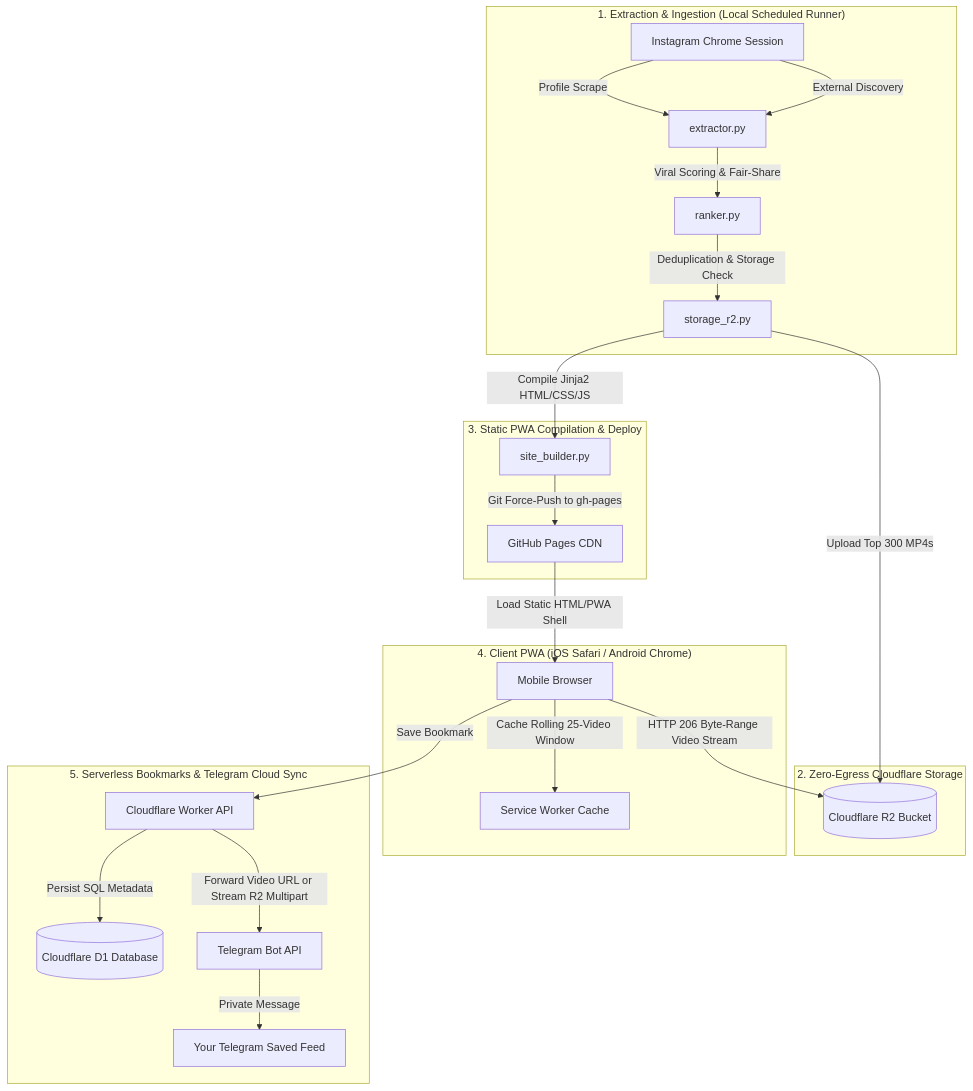
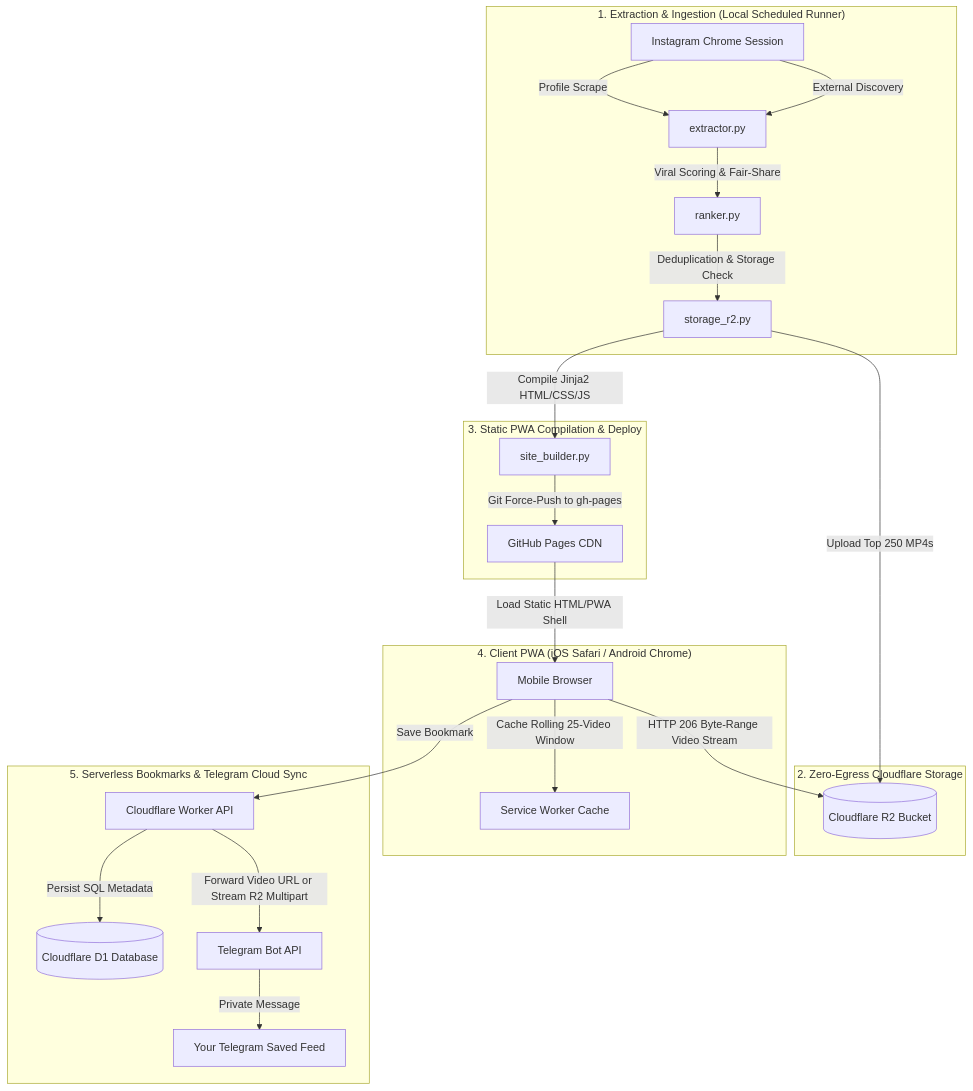
One commit to vkr1729/Instagram_digest changed the diagram in README.md. Above: the diagram before and after it, drawn with Mermaid. The commit also changed other lines of this file and 16 other files, not shown here.

````diff
--- a/README.md
+++ b/README.md
@@ -129,31 +129,31 @@
 ```mermaid
 flowchart TD
     subgraph Ingestion ["1. Extraction & Ingestion (Local Scheduled Runner)"]
         A[Instagram Chrome Session] -->|Profile Scrape| B[extractor.py]
         A -->|External Discovery| B
         B -->|Viral Scoring & Fair-Share| C[ranker.py]
         C -->|Deduplication & Storage Check| D[storage_r2.py]
     end
 
     subgraph Storage ["2. Zero-Egress Cloudflare Storage"]
-        D -->|Upload Top 300 MP4s| E[(Cloudflare R2 Bucket)]
+        D -->|Upload Top 250 MP4s| E[(Cloudflare R2 Bucket)]
     end
 
     subgraph Hosting ["3. Static PWA Compilation & Deploy"]
         D -->|Compile Jinja2 HTML/CSS/JS| F[site_builder.py]
         F -->|Git Force-Push to gh-pages| G[GitHub Pages CDN]
     end
 
     subgraph Client ["4. Client PWA (iOS Safari / Android Chrome)"]
         G -->|Load Static HTML/PWA Shell| H[Mobile Browser]
         H -->|HTTP 206 Byte-Range Video Stream| E
         H -->|Cache Rolling 25-Video Window| I[Service Worker Cache]
     end
 
     subgraph CloudSync ["5. Serverless Bookmarks & Telegram Cloud Sync"]
         H -->|Save Bookmark| J[Cloudflare Worker API]
         J -->|Persist SQL Metadata| K[(Cloudflare D1 Database)]
         J -->|Forward Video URL or Stream R2 Multipart| L[Telegram Bot API]
         L -->|Private Message| M[Your Telegram Saved Feed]
     end
 ```
````
